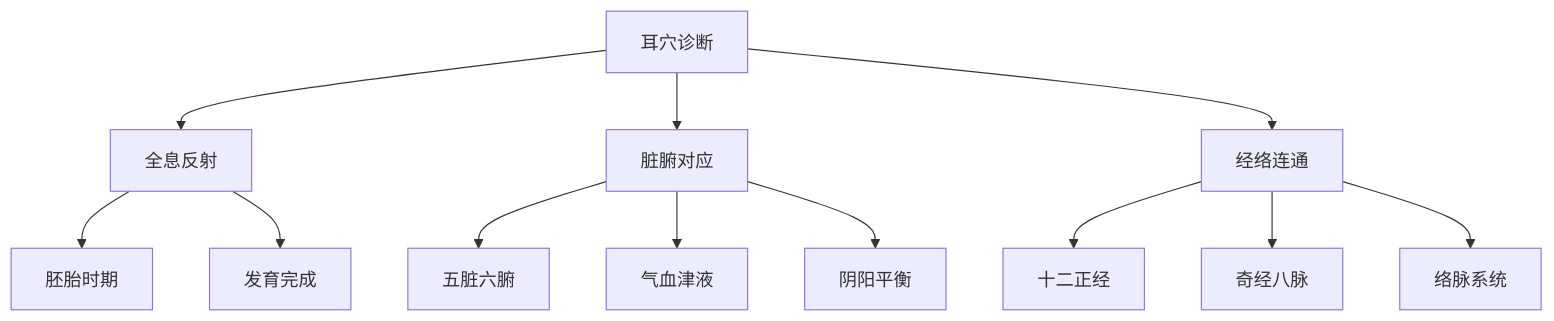
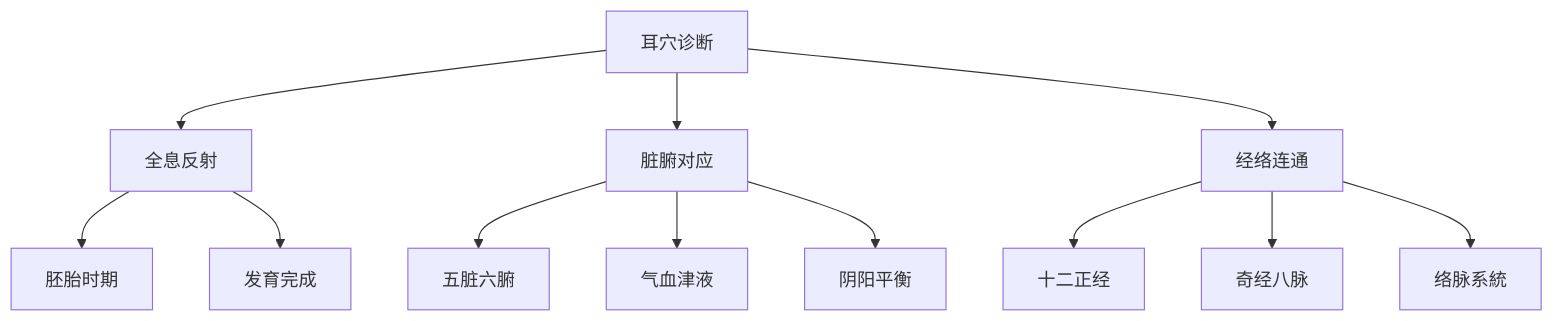
One commit to kmjade/knowledge-value changed the first of 4 diagrams in 3 Resources/01-Tech/🏥 专业知识/耳穴知识库/05_诊断技术/耳穴诊断理论基础.md. Above: the diagram before and after it, drawn with Mermaid. The commit also changed other lines of this file and 653 other files, not shown here.

````diff
--- a/3 Resources/01-Tech/🏥 专业知识/耳穴知识库/05_诊断技术/耳穴诊断理论基础.md
+++ b/3 Resources/01-Tech/🏥 专业知识/耳穴知识库/05_诊断技术/耳穴诊断理论基础.md
@@ -36,17 +36,17 @@
 ```mermaid
 graph TD
     A[耳穴诊断] --> B[全息反射]
     A --> C[脏腑对应]
     A --> D[经络连通]
     
     B --> B1[胚胎时期]
     B --> B2[发育完成]
     
     C --> C1[五脏六腑]
     C --> C2[气血津液]
     C --> C3[阴阳平衡]
     
     D --> D1[十二正经]
     D --> D2[奇经八脉]
-    D --> D3[络脉系统]
+    D --> D3[络脉系統]
 ```
````
